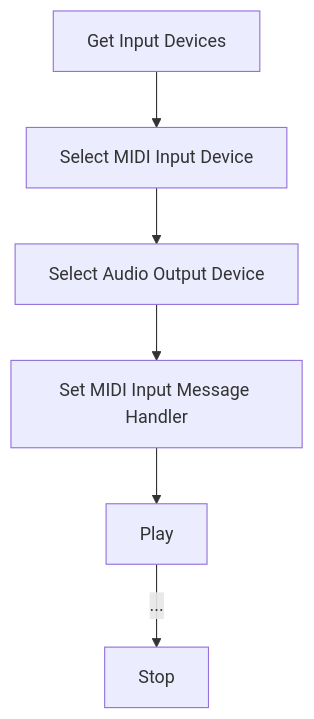
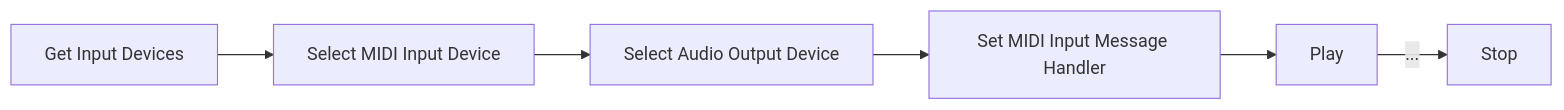
The ninth of 28 diagrams in docs/DESIGN_DOC.md (aidan-clyens/miniaudioengine), drawn with Mermaid before and after one commit. The commit also changed other lines of this file and 4 other files, not shown here.

````diff
--- a/docs/DESIGN_DOC.md
+++ b/docs/DESIGN_DOC.md
@@ -270,16 +271,16 @@
 ```mermaid
-flowchart TD
+flowchart LR
 
     Step1["Get Input Devices"]
     Step2["Select MIDI Input Device"]
     Step3["Select Audio Output Device"]
     Step4["Set MIDI Input Message Handler"]
     Step5["Play"]
     Step6["Stop"]
 
     Step1 --> Step2
     Step2 --> Step3
     Step3 --> Step4
     Step4 --> Step5
     Step5 --> |...|Step6
 ```
````
